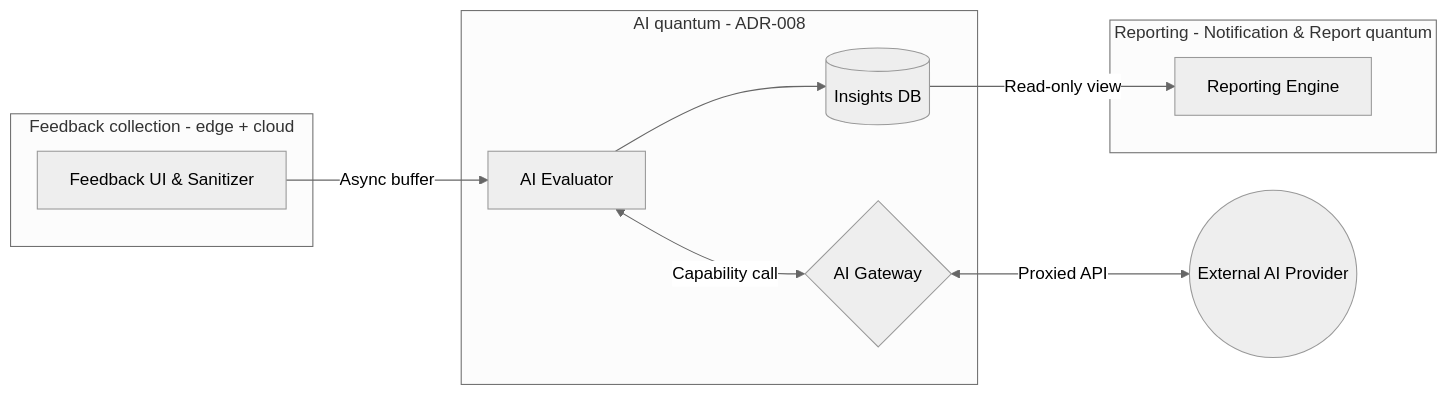
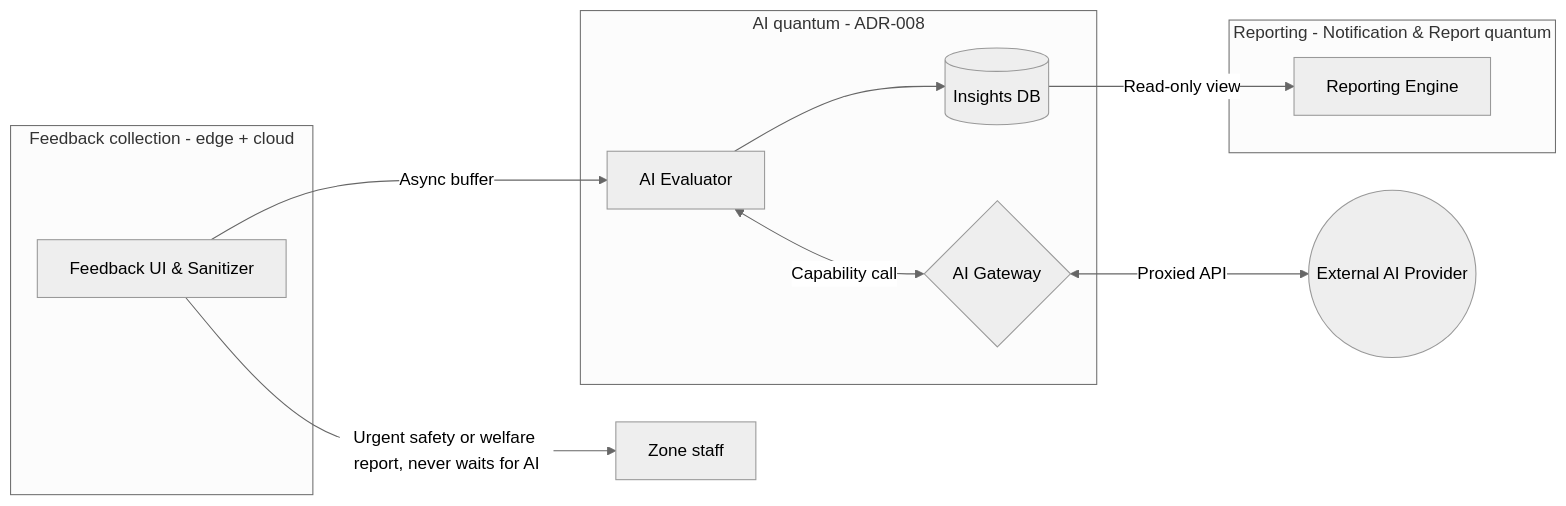
The first of 2 diagrams in ADR/adr-006-ai-feedback-evaluation-and-reporting.md (santhosh-challa/ground-truth), drawn with Mermaid (neutral theme) before and after one commit. The commit also changed other lines of this file, not shown here.

Commit message:
docs(adr-006): fix data ownership, drop unified-quantum wording, show urgent path in diagram

````diff
--- a/ADR/adr-006-ai-feedback-evaluation-and-reporting.md
+++ b/ADR/adr-006-ai-feedback-evaluation-and-reporting.md
@@ -26,19 +26,20 @@
 ```mermaid
 graph LR
     subgraph Feedback [Feedback collection - edge + cloud]
         A[Feedback UI & Sanitizer]
     end
     subgraph AIQ [AI quantum - ADR-008]
         B[AI Evaluator]
         C{AI Gateway}
         E[(Insights DB)]
     end
     subgraph Reporting [Reporting - Notification & Report quantum]
         F[Reporting Engine]
     end
     A -->|Async buffer| B
+    A -->|Urgent safety or welfare report, never waits for AI| G[Zone staff]
     B <-->|Capability call| C
     B --> E
     E -->|Read-only view| F
     C <-->|Proxied API| D((External AI Provider))
 ```
````
